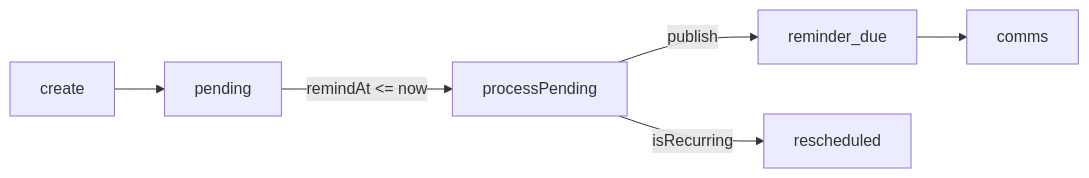
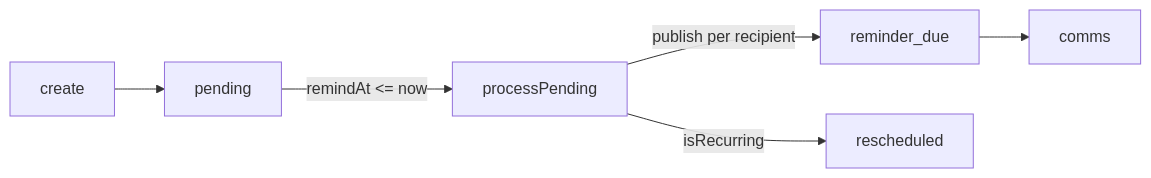
One commit to AdityaBorkar/aspen-os changed the diagram in packages/calendar/docs/workflows.mdx. Above: the diagram before and after it, drawn with Mermaid. The commit also changed other lines of this file and 53 other files, not shown here.

````diff
--- a/packages/calendar/docs/workflows.mdx
+++ b/packages/calendar/docs/workflows.mdx
@@ -149,6 +146,6 @@
 ```mermaid
 flowchart LR
   create --> pending
-  pending -->|remindAt <= now| processPending -->|publish| reminder_due --> comms
+  pending -->|remindAt <= now| processPending -->|publish per recipient| reminder_due --> comms
   processPending -->|isRecurring| next[rescheduled]
 ```
````
